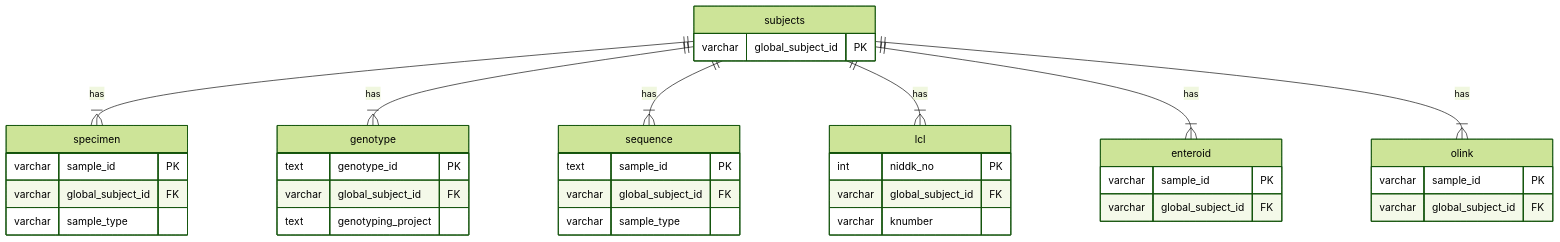
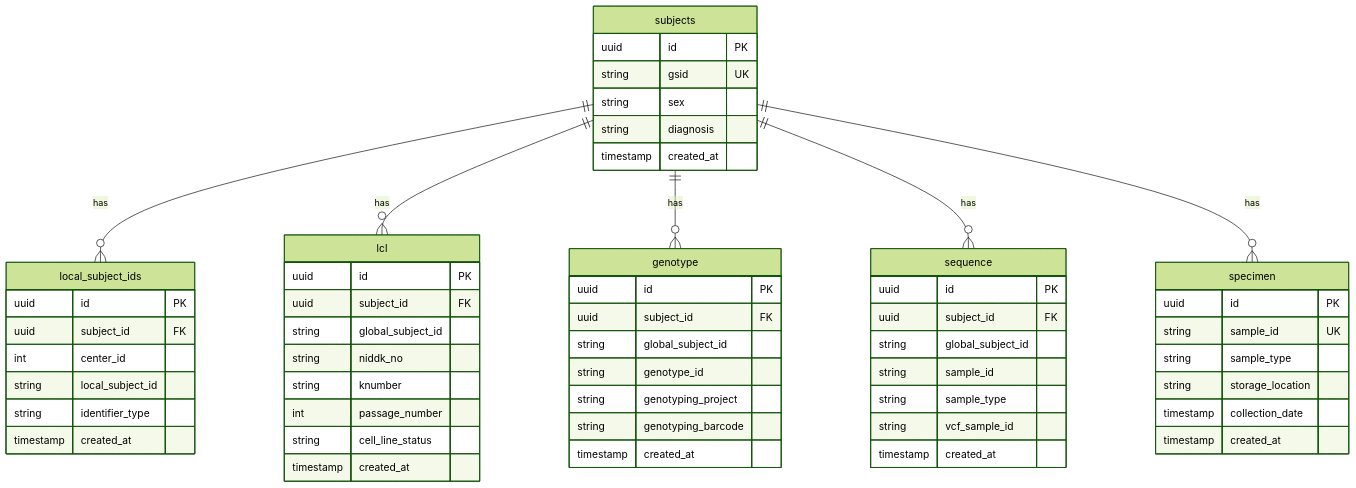
The second of 3 diagrams in docs/developers/architecture/database-schema.md (ibdgc/idhub), drawn with Mermaid (forest theme) before and after one commit. The commit also changed other lines of this file and 13 other files, not shown here.

````diff
--- a/docs/developers/architecture/database-schema.md
+++ b/docs/developers/architecture/database-schema.md
@@ -85,40 +82,65 @@
 ```mermaid
 erDiagram
+    subjects ||--o{ local_subject_ids : has
+    subjects ||--o{ lcl : has
+    subjects ||--o{ genotype : "has"
+    subjects ||--o{ sequence : "has"
+    subjects ||--o{ specimen : has
+
     subjects {
-        varchar global_subject_id PK
+        uuid id PK
+        string gsid UK
+        string sex
+        string diagnosis
+        timestamp created_at
     }
+
+    local_subject_ids {
+        uuid id PK
+        uuid subject_id FK
+        int center_id
+        string local_subject_id
+        string identifier_type
+        timestamp created_at
+    }
+
+    lcl {
+        uuid id PK
+        uuid subject_id FK
+        string global_subject_id
+        string niddk_no
+        string knumber
+        int passage_number
+        string cell_line_status
+        timestamp created_at
+    }
+
+    genotype {
+        uuid id PK
+        uuid subject_id FK
+        string global_subject_id
+        string genotype_id
+        string genotyping_project
+        string genotyping_barcode
+        timestamp created_at
+    }
+
+    sequence {
+        uuid id PK
+        uuid subject_id FK
+        string global_subject_id
+        string sample_id
+        string sample_type
+        string vcf_sample_id
+        timestamp created_at
+    }
+
     specimen {
-        varchar sample_id PK
-        varchar global_subject_id FK
-        varchar sample_type
+        uuid id PK
+        string sample_id UK
+        string sample_type
+        string storage_location
+        timestamp collection_date
+        timestamp created_at
     }
-    genotype {
-        text genotype_id PK
-        varchar global_subject_id FK
-        text genotyping_project
-    }
-    sequence {
-        text sample_id PK
-        varchar global_subject_id FK
-        varchar sample_type
-    }
-    lcl {
-        int niddk_no PK
-        varchar global_subject_id FK
-        varchar knumber
-    }
-    enteroid {
-        varchar sample_id PK
-        varchar global_subject_id FK
-    }
-    olink {
-        varchar sample_id PK
-        varchar global_subject_id FK
-    }
-    subjects ||--|{ specimen : "has"
-    subjects ||--|{ genotype : "has"
-    subjects ||--|{ sequence : "has"
-    subjects ||--|{ lcl : "has"
-    subjects ||--|{ enteroid : "has"
-    subjects ||--|{ olink : "has"
 ```
````
